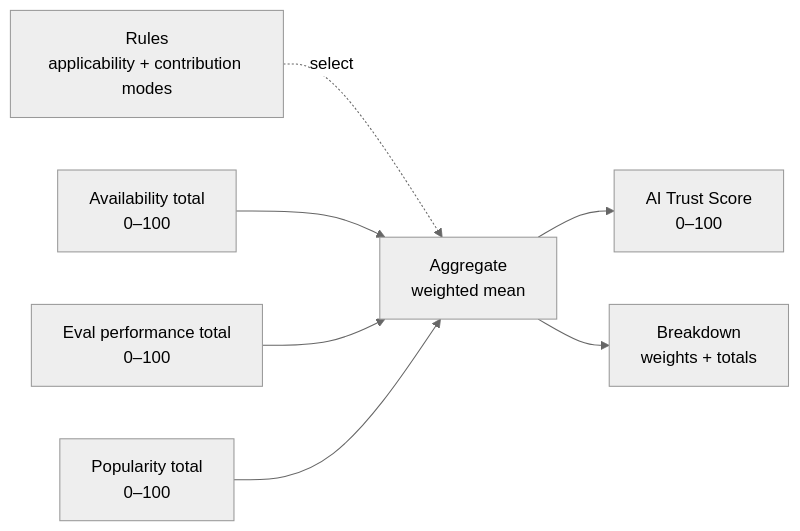
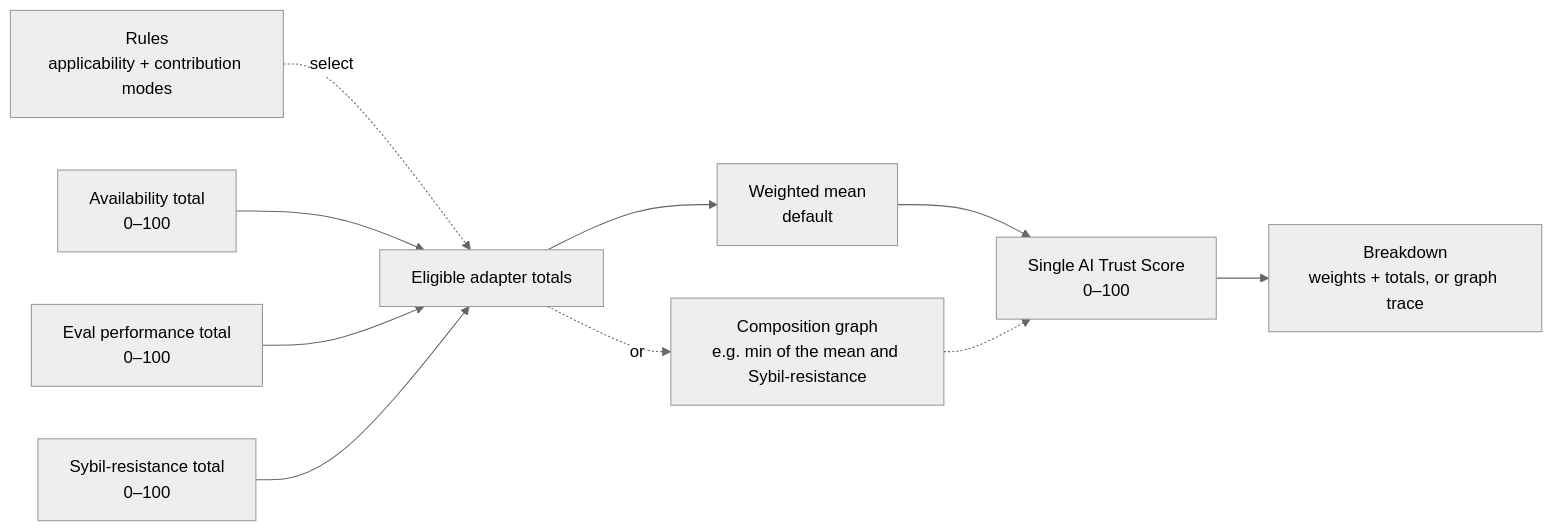
Before and after one commit to hiero-ledger/hiero-consensus-specifications: the second of 2 diagrams in docs/standards/hcs-25.md, drawn with Mermaid (neutral theme). The commit also changed other lines of this file, not shown here.

````diff
--- a/docs/standards/hcs-25.md
+++ b/docs/standards/hcs-25.md
@@ -159,11 +175,15 @@
 ```mermaid
 flowchart LR
-  Rules[Rules<br/>applicability + contribution modes] -. select .-> Aggregate[Aggregate<br/>weighted mean]
+  Rules[Rules<br/>applicability + contribution modes] -. select .-> Totals
 
-  Availability[Availability total<br/>0–100] --> Aggregate
-  Evals[Eval performance total<br/>0–100] --> Aggregate
-  Popularity[Popularity total<br/>0–100] --> Aggregate
+  Availability[Availability total<br/>0–100] --> Totals[Eligible adapter totals]
+  Evals[Eval performance total<br/>0–100] --> Totals
+  Sybil[Sybil-resistance total<br/>0–100] --> Totals
 
-  Aggregate --> Score[AI Trust Score<br/>0–100]
-  Aggregate --> Why[Breakdown<br/>weights + totals]
+  Totals --> WeightedMean[Weighted mean<br/>default]
+  Totals -. or .-> Custom[Composition graph<br/>e.g. min of the mean and Sybil-resistance]
+
+  WeightedMean --> Score[Single AI Trust Score<br/>0–100]
+  Custom -.-> Score
+  Score --> Why[Breakdown<br/>weights + totals, or graph trace]
 ```
````
